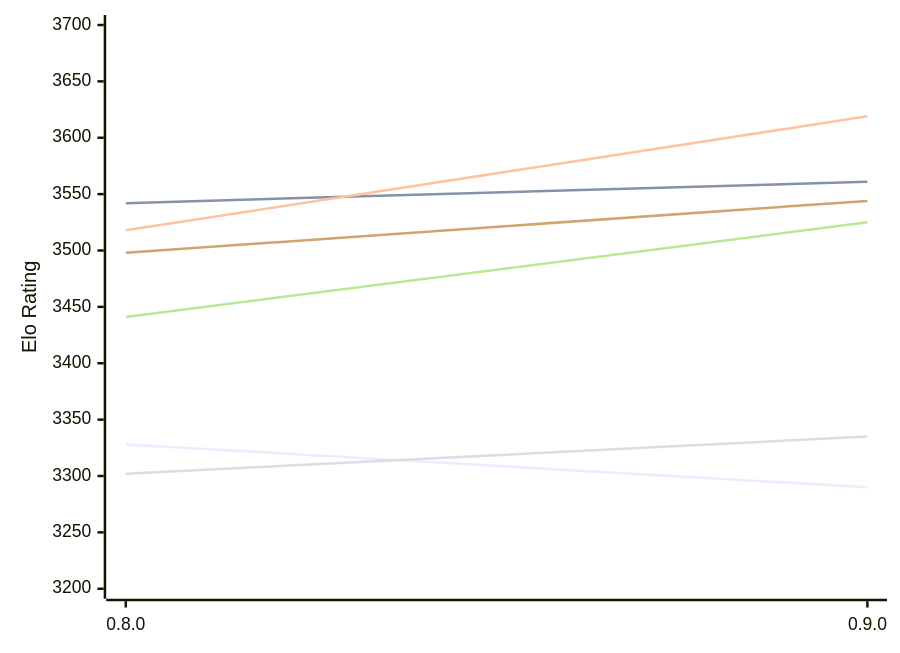
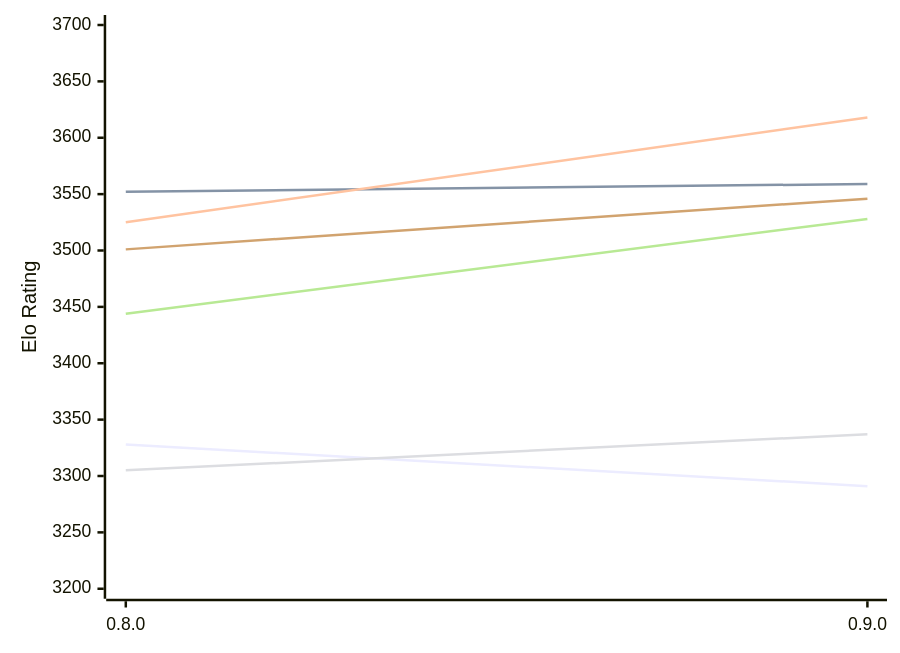
One commit to computer-chess-index/cci changed the first of 2 diagrams in engines/Motor.md. Above: the diagram before and after it, drawn with Mermaid. The commit also changed other lines of this file, not shown here.

Commit message:
Update CCI Ratings (ELO VLTC) - 2026-11-24

````diff
--- a/engines/Motor.md
+++ b/engines/Motor.md
@@ -51,12 +51,12 @@
 ```mermaid
 %%{init: {"theme":"base","themeVariables":{"seriesColors:['#a3a3a3','#222221','#faa371']}}}%%
 xychart-beta
   x-axis ["0.8.0", "0.9.0"]
   y-axis "Elo Rating" 3200 --> 3700
-  line "E1: STC (8.0+0.08s)" [3328, 3290]
-  line "E1: LTC (60.0+0.60s)" [3542, 3561]
-  line "E1: VLTC (2m24s+1.12s)" [3518, 3619]
-  line "P1: STC (8.0+0.08s)" [3302, 3335]
-  line "P1: LTC (60.0+0.60s)" [3441, 3525]
-  line "P1: VLTC (2m24s+1.12s)" [3498, 3544]
+  line "E1: STC (8.0+0.08s)" [3328, 3291]
+  line "E1: LTC (60.0+0.60s)" [3552, 3559]
+  line "E1: VLTC (2m24s+1.12s)" [3525, 3618]
+  line "P1: STC (8.0+0.08s)" [3305, 3337]
+  line "P1: LTC (60.0+0.60s)" [3444, 3528]
+  line "P1: VLTC (2m24s+1.12s)" [3501, 3546]
 ```
````
